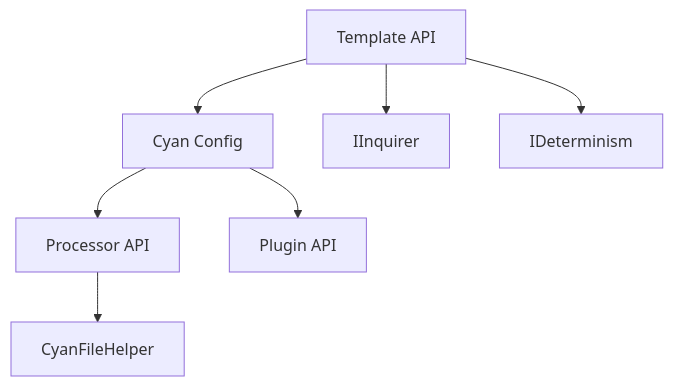
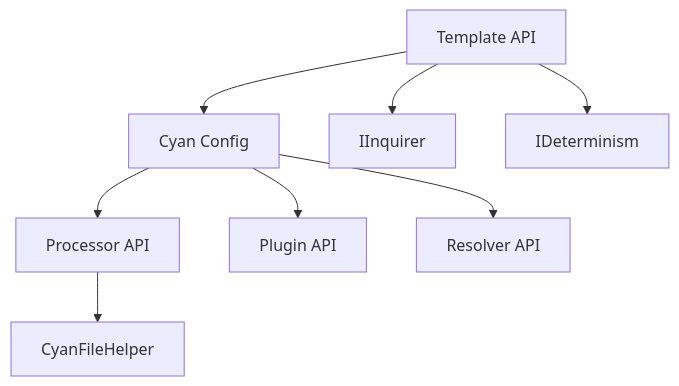
Before and after one commit to AtomiCloud/sulfone.helium: the diagram in docs/developer/features/00-README.md, drawn with Mermaid. The commit also changed other lines of this file and 5 other files, not shown here.

````diff
--- a/docs/developer/features/00-README.md
+++ b/docs/developer/features/00-README.md
@@ -9,9 +9,10 @@
 ```mermaid
 flowchart TD
     A[Template API] --> B[Cyan Config]
     B --> C[Processor API]
     B --> D[Plugin API]
-    A --> E[IInquirer]
-    A --> F[IDeterminism]
-    C --> G[CyanFileHelper]
+    B --> E[Resolver API]
+    A --> F[IInquirer]
+    A --> G[IDeterminism]
+    C --> H[CyanFileHelper]
 ```
````
